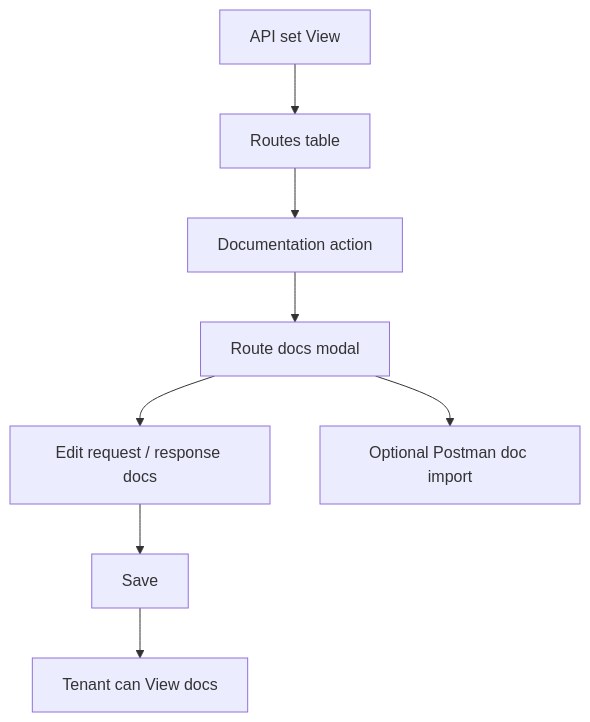
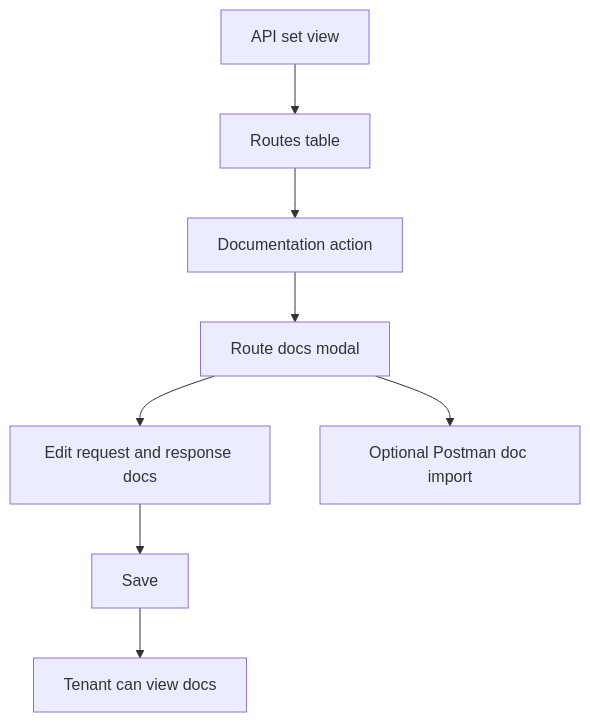
Before and after one commit to hr-sargazi/temp-md-server: the seventh of 17 diagrams in USER_JOURNEY.md, drawn with Mermaid. The commit also changed other lines of this file, not shown here.

````diff
--- a/USER_JOURNEY.md
+++ b/USER_JOURNEY.md
@@ -256,10 +258,10 @@
 ```mermaid
 flowchart TD
-  A[API set View] --> B[Routes table]
-  B --> C[Documentation action]
-  C --> D[Route docs modal]
-  D --> E[Edit request / response docs]
-  D --> F[Optional Postman doc import]
+  A["API set view"] --> B["Routes table"]
+  B --> C["Documentation action"]
+  C --> D["Route docs modal"]
+  D --> E["Edit request and response docs"]
+  D --> F["Optional Postman doc import"]
   E --> G[Save]
-  G --> H[Tenant can View docs]
+  G --> H["Tenant can view docs"]
 ```
````
